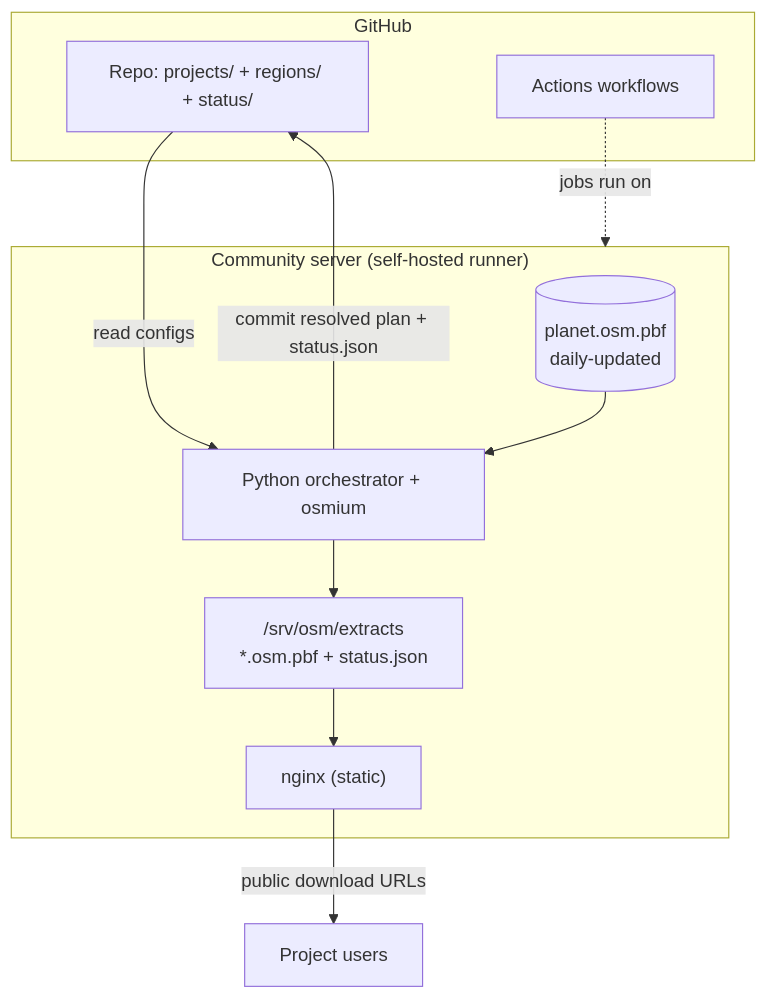
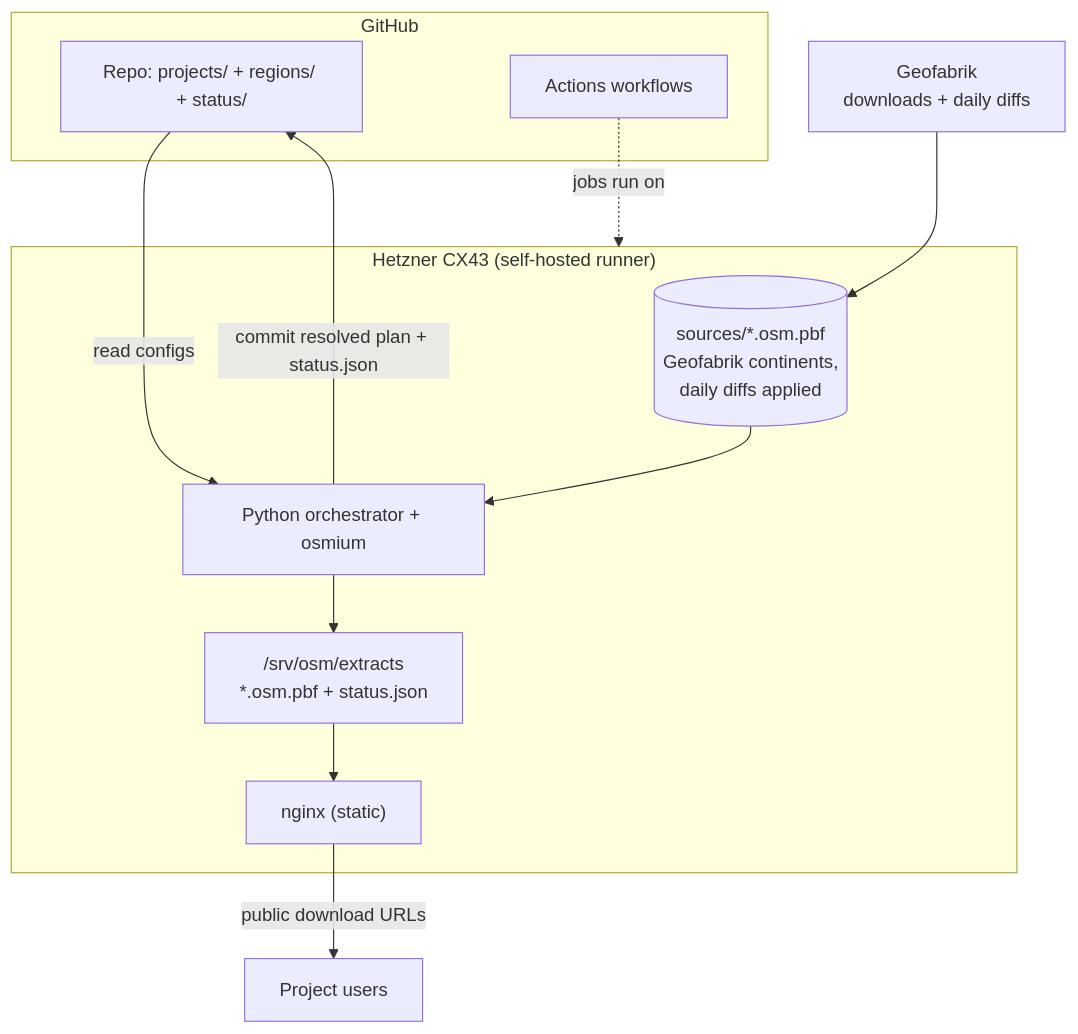
Before and after one commit to osmberlin/osm-pbf-filter-service: the diagram in PLAN.md, drawn with Mermaid. The commit also changed other lines of this file and 15 other files, not shown here.

First line of the commit message:
Docs + Ansible for our own Hetzner server; FOSSGIS uMap variant paused

````diff
--- a/PLAN.md
+++ b/PLAN.md
@@ -83,22 +82,23 @@
 ```mermaid
 flowchart TD
   subgraph GH[GitHub]
     REPO["Repo: projects/ + regions/ + status/"]
     WF["Actions workflows"]
   end
 
-  subgraph SRV["Community server (self-hosted runner)"]
-    PLANET[("planet.osm.pbf<br/>daily-updated")]
+  subgraph SRV["Hetzner CX43 (self-hosted runner)"]
+    SRC[("sources/*.osm.pbf<br/>Geofabrik continents,<br/>daily diffs applied")]
     ORCH["Python orchestrator + osmium"]
     OUT["/srv/osm/extracts<br/>*.osm.pbf + status.json"]
     NGINX["nginx (static)"]
   end
 
+  GEO["Geofabrik<br/>downloads + daily diffs"] --> SRC
   WF -. "jobs run on" .-> SRV
   REPO -- "read configs" --> ORCH
-  PLANET --> ORCH
+  SRC --> ORCH
   ORCH --> OUT
   OUT --> NGINX
   NGINX -- "public download URLs" --> USERS["Project users"]
   ORCH -- "commit resolved plan + status.json" --> REPO
 ```
````
